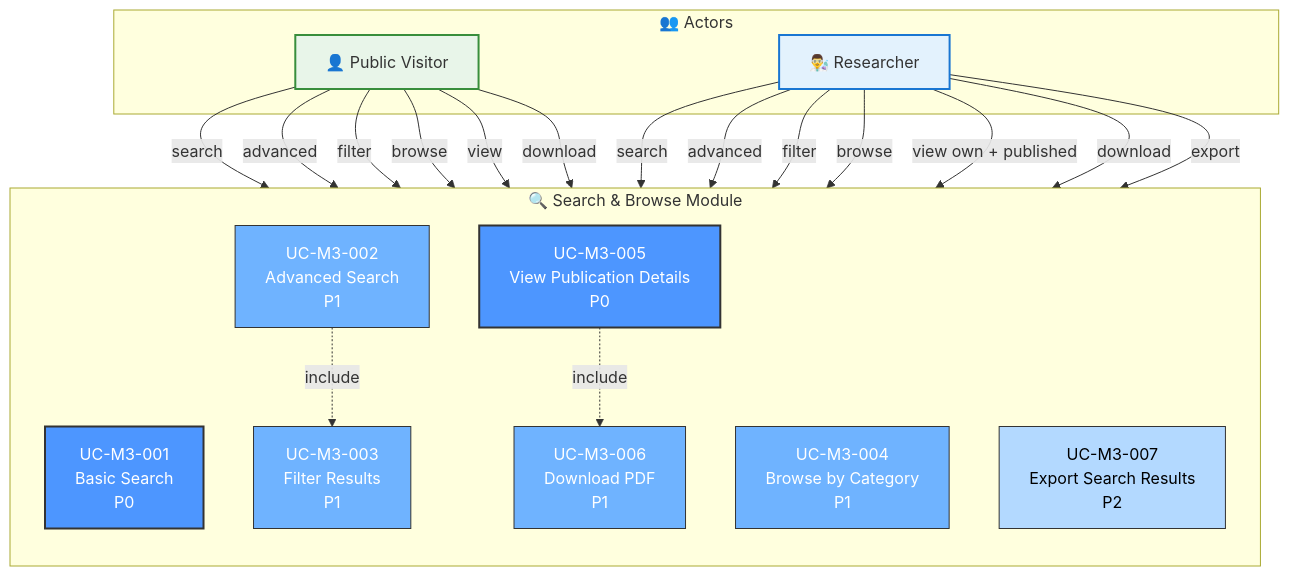
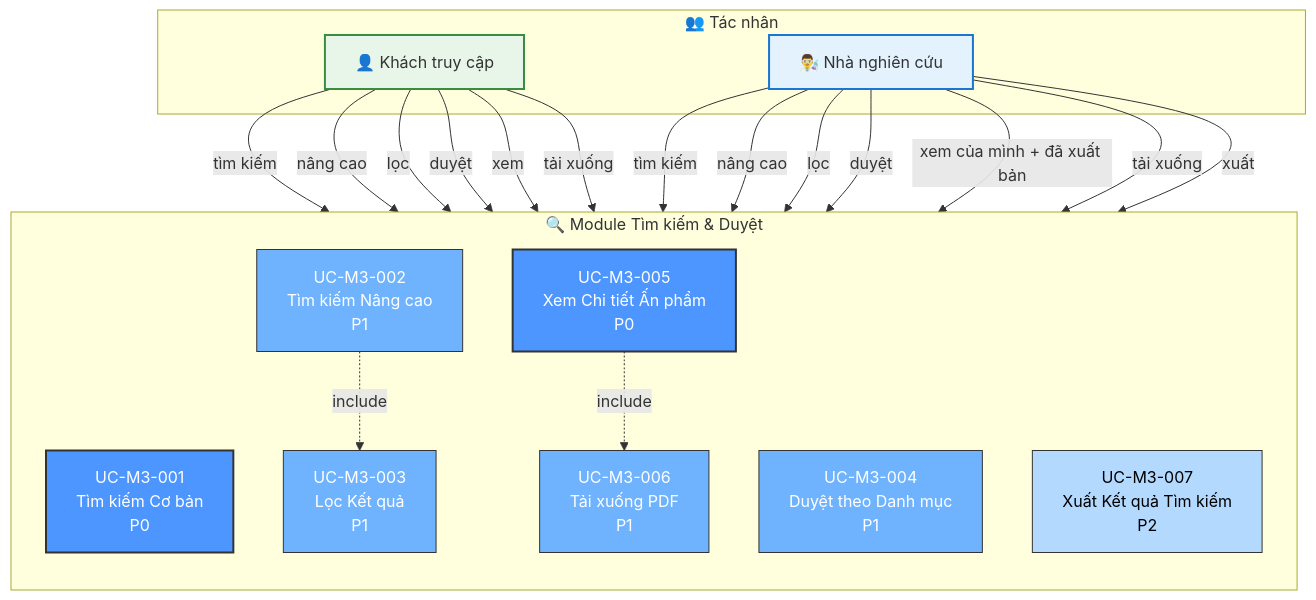
One commit to Ng0cTh4nhk5/ufpms-docs changed the diagram in docs/06_Diagrams/UseCase/module_03_search.md. Above: the diagram before and after it, drawn with Mermaid. The commit also changed other lines of this file and 70 other files, not shown here.

````diff
--- a/docs/06_Diagrams/UseCase/module_03_search.md
+++ b/docs/06_Diagrams/UseCase/module_03_search.md
@@ -22,52 +22,52 @@
 ```mermaid
 graph TB
-    subgraph Actors["👥 Actors"]
-        VIW[👤 Public Visitor]
-        RES[👨‍🔬 Researcher]
+    subgraph Actors["👥 Tác nhân"]
+        VIW[👤 Khách truy cập]
+        RES[👨‍🔬 Nhà nghiên cứu]
     end
     
-    subgraph SEARCH["🔍 Search & Browse Module"]
+    subgraph SEARCH["🔍 Module Tìm kiếm & Duyệt"]
         direction TB
         
-        UC1[UC-M3-001<br/>Basic Search<br/>P0]
-        UC2[UC-M3-002<br/>Advanced Search<br/>P1]
-        UC3[UC-M3-003<br/>Filter Results<br/>P1]
-        UC4[UC-M3-004<br/>Browse by Category<br/>P1]
-        UC5[UC-M3-005<br/>View Publication Details<br/>P0]
-        UC6[UC-M3-006<br/>Download PDF<br/>P1]
-        UC7[UC-M3-007<br/>Export Search Results<br/>P2]
+        UC1[UC-M3-001<br/>Tìm kiếm Cơ bản<br/>P0]
+        UC2[UC-M3-002<br/>Tìm kiếm Nâng cao<br/>P1]
+        UC3[UC-M3-003<br/>Lọc Kết quả<br/>P1]
+        UC4[UC-M3-004<br/>Duyệt theo Danh mục<br/>P1]
+        UC5[UC-M3-005<br/>Xem Chi tiết Ấn phẩm<br/>P0]
+        UC6[UC-M3-006<br/>Tải xuống PDF<br/>P1]
+        UC7[UC-M3-007<br/>Xuất Kết quả Tìm kiếm<br/>P2]
         
         %% Include relationships
         UC2 -.->|include| UC3
         UC5 -.->|include| UC6
     end
     
     %% Public Visitor connections
-    VIW -->|search| UC1
-    VIW -->|advanced| UC2
-    VIW -->|filter| UC3
-    VIW -->|browse| UC4
-    VIW -->|view| UC5
-    VIW -->|download| UC6
+    VIW -->|tìm kiếm| UC1
+    VIW -->|nâng cao| UC2
+    VIW -->|lọc| UC3
+    VIW -->|duyệt| UC4
+    VIW -->|xem| UC5
+    VIW -->|tải xuống| UC6
     
     %% Researcher connections (can do everything + more visibility)
-    RES -->|search| UC1
-    RES -->|advanced| UC2
-    RES -->|filter| UC3
-    RES -->|browse| UC4
-    RES -->|view own + published| UC5
-    RES -->|download| UC6
-    RES -->|export| UC7
+    RES -->|tìm kiếm| UC1
+    RES -->|nâng cao| UC2
+    RES -->|lọc| UC3
+    RES -->|duyệt| UC4
+    RES -->|xem của mình + đã xuất bản| UC5
+    RES -->|tải xuống| UC6
+    RES -->|xuất| UC7
     
     %% Styling
     style UC1 fill:#4d96ff,stroke:#333,stroke-width:2px,color:#fff
     style UC2 fill:#6fb3ff,stroke:#333,stroke-width:1px,color:#fff
     style UC3 fill:#6fb3ff,stroke:#333,stroke-width:1px,color:#fff
     style UC4 fill:#6fb3ff,stroke:#333,stroke-width:1px,color:#fff
     style UC5 fill:#4d96ff,stroke:#333,stroke-width:2px,color:#fff
     style UC6 fill:#6fb3ff,stroke:#333,stroke-width:1px,color:#fff
     style UC7 fill:#b3d9ff,stroke:#333,stroke-width:1px,color:#000
     
     style VIW fill:#e8f5e9,stroke:#388e3c,stroke-width:2px
     style RES fill:#e3f2fd,stroke:#1976d2,stroke-width:2px
 ```
````
